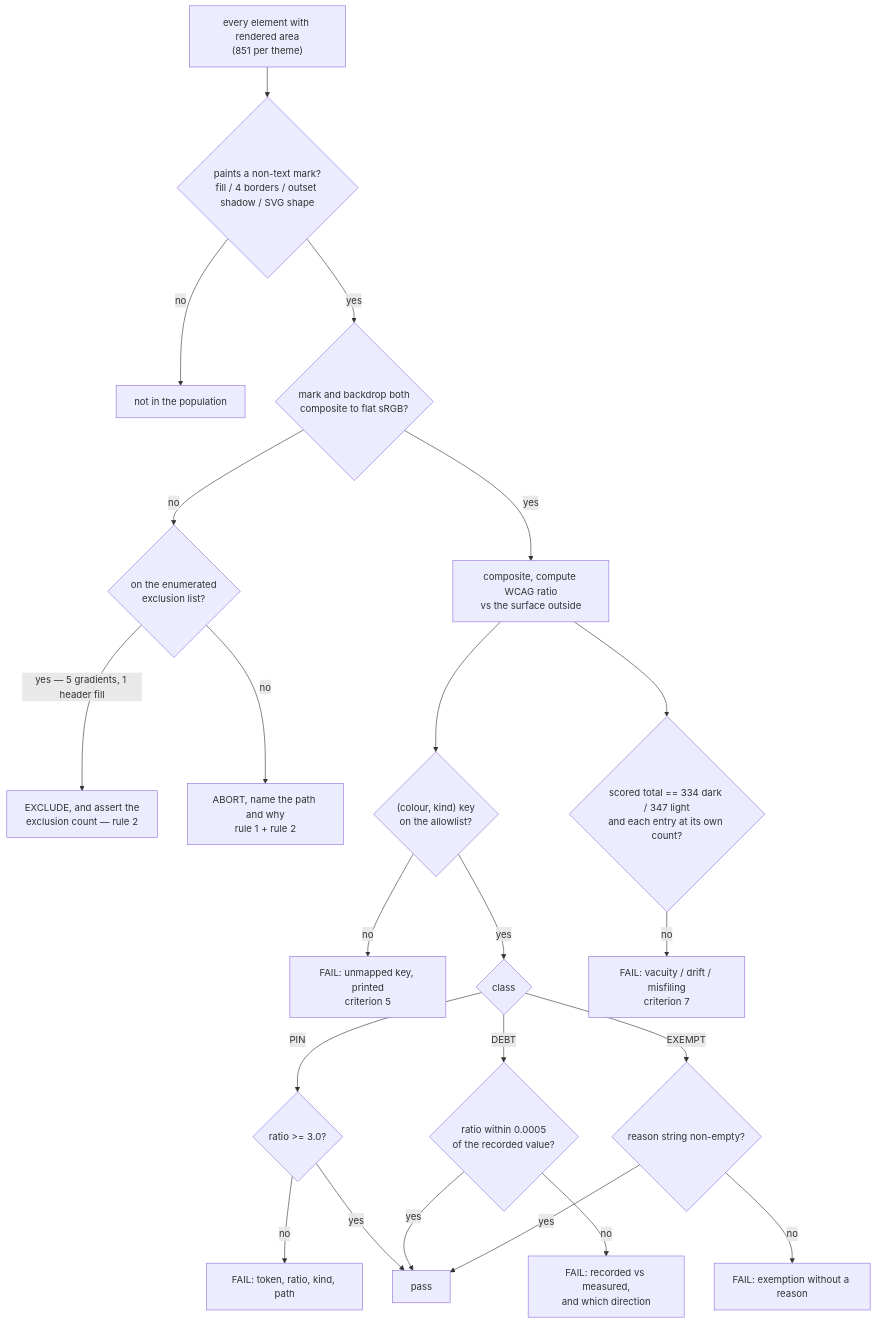
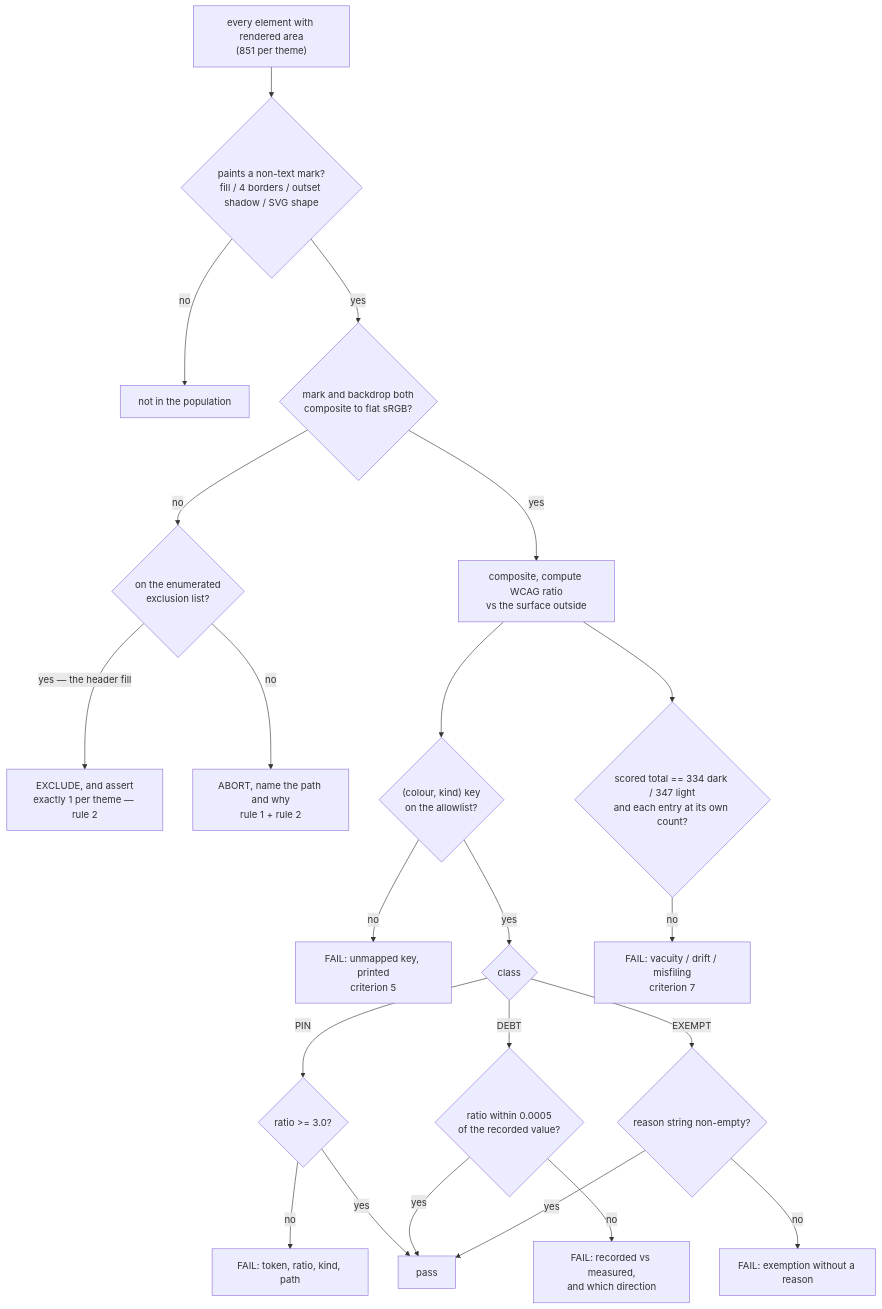
One commit to suyatdev/.claude changed the diagram in docs/features/treko-non-text-contrast.md. Above: the diagram before and after it, drawn with Mermaid. The commit also changed other lines of this file, not shown here.

````diff
--- a/docs/features/treko-non-text-contrast.md
+++ b/docs/features/treko-non-text-contrast.md
@@ -432,24 +442,24 @@
 ```mermaid
 flowchart TD
     A["every element with rendered area<br/>(851 per theme)"] --> B{"paints a non-text mark?<br/>fill / 4 borders / outset shadow / SVG shape"}
     B -->|no| Z["not in the population"]
     B -->|yes| C{"mark and backdrop both<br/>composite to flat sRGB?"}
     C -->|no| X{"on the enumerated<br/>exclusion list?"}
-    X -->|"yes — 5 gradients, 1 header fill"| F1["EXCLUDE, and assert the<br/>exclusion count — rule 2"]
+    X -->|"yes — the header fill"| F1["EXCLUDE, and assert<br/>exactly 1 per theme — rule 2"]
     X -->|no| F2["ABORT, name the path and why<br/>rule 1 + rule 2"]
     C -->|yes| E["composite, compute WCAG ratio<br/>vs the surface outside"]
     E --> G{"(colour, kind) key<br/>on the allowlist?"}
     G -->|no| F3["FAIL: unmapped key, printed<br/>criterion 5"]
     G -->|yes| H{"class"}
     H -->|PIN| P{"ratio >= 3.0?"}
     H -->|DEBT| Q{"ratio within 0.0005<br/>of the recorded value?"}
     H -->|EXEMPT| R{"reason string non-empty?"}
     P -->|no| FP["FAIL: token, ratio, kind, path"]
     Q -->|no| FQ["FAIL: recorded vs measured,<br/>and which direction"]
     R -->|no| FR["FAIL: exemption without a reason"]
     P -->|yes| OK["pass"]
     Q -->|yes| OK
     R -->|yes| OK
     E --> V{"scored total == 334 dark / 347 light<br/>and each entry at its own count?"}
     V -->|no| FV["FAIL: vacuity / drift / misfiling<br/>criterion 7"]
 ```
````
